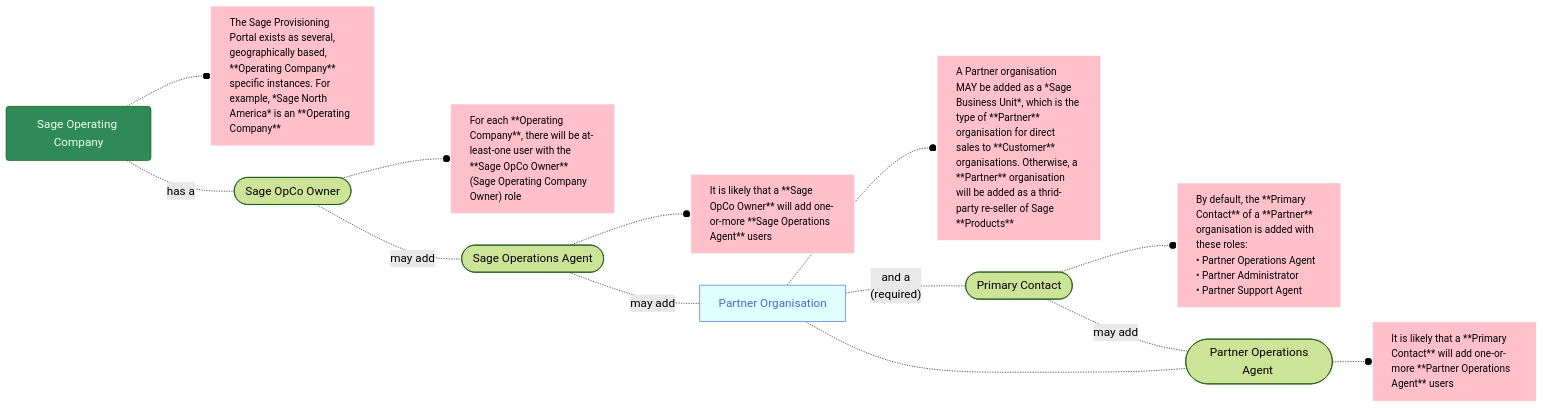
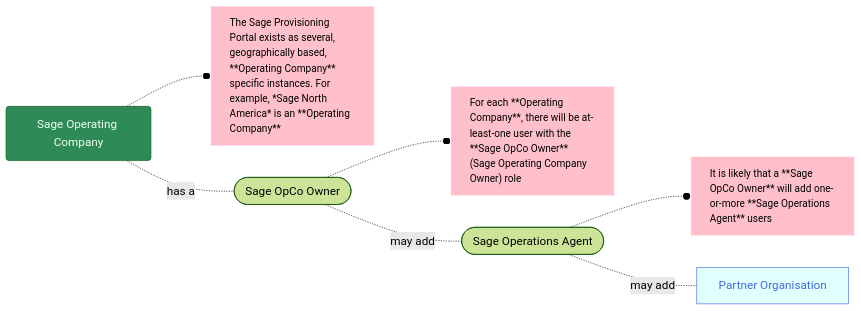
The diagram in 2025_Sage/10_What is an Operating Company.mdx (joe-dorward/samples), drawn with Mermaid before and after one commit.

Commit message:
Update 10_What is an Operating Company.mdx

````diff
--- a/2025_Sage/10_What is an Operating Company.mdx
+++ b/2025_Sage/10_What is an Operating Company.mdx
@@ -1,50 +1,35 @@
 ```mermaid
 %%{
   init: {
     'theme': 'forest',
     'themeVariables': {
       'fontSize':'14pt'
     }
   }
 }%%
 flowchart LR
   classDef Sage fill:seagreen, color:honeydew;
   classDef Noun fill:lightcyan, stroke:royalblue, color:royalblue;
   classDef Note fill:pink, stroke:white, text-align:left, font-size: 95%;
 
   SAGE_OPERATING_COMPANY_01(Sage Operating Company)-.-o
   SAGE_OPERATING_COMPANY_01_Note[The Sage Provisioning Portal exists as several, geographically based, **Operating Company** specific instances. For example, *Sage North America* is an **Operating Company**]
 
   SAGE_OPERATING_COMPANY_01-.has a.-
   SAGE_OPCO_OWNER_01([&nbsp;Sage OpCo Owner&nbsp;])-.-o
   SAGE_OPCO_OWNER_01_NOTE["For each **Operating Company**, there will be at-least-one user with the **Sage OpCo Owner** (Sage Operating Company Owner) role"]
 
   SAGE_OPCO_OWNER_01-.may add.-
   SAGE_OPERATIONS_AGENT_01([&nbsp;Sage Operations Agent&nbsp;])-.-o
   SAGE_OPERATIONS_AGENT_01_NOTE[It is likely that a **Sage OpCo Owner** will add one-or-more **Sage Operations Agent** users]
 
   SAGE_OPERATIONS_AGENT_01-.may add.-
-  PARTNER_ORGANISATION_01([&nbsp;Partner Organisation&nbsp;])-.-o
-  PARTNER_ORGANISATION_01_NOTE[A Partner organisation MAY be added as a *Sage Business Unit*, which is the type of **Partner** organisation for direct sales to **Customer** organisations. Otherwise, a **Partner** organisation will be added as a thrid-party re-seller of Sage **Products**]
-
-  PARTNER_ORGANISATION_01[Partner Organisation]-.and a<br/>(required).-
-  PRIMARY_CONTACT_01([&nbsp;Primary Contact&nbsp;])-.-o
-  PRIMARY_CONTACT_01_NOTE[By default, the **Primary Contact** of a **Partner** organisation is added with these roles:<br/>&bull; Partner Operations Agent<br/>&bull; Partner Administrator<br/>&bull; Partner Support Agent]
-
-  PRIMARY_CONTACT_01-.may add.-
-  PARTNER_OPERATIONS_AGENT_01([&nbsp;Partner Operations Agent&nbsp;])-.-o
-  PARTNER_OPERATIONS_AGENT_01_NOTE[It is likely that a **Primary Contact** will add one-or-more **Partner Operations Agent** users]
-
-  PARTNER_ORGANISATION_01-.-
-  PARTNER_OPERATIONS_AGENT_01
-
-  %%PARTNER_OPERATIONS_AGENT_01([&nbsp;Partner Operations Agent&nbsp;])-.-o
-  %%PARTNER_OPERATIONS_AGENT_01_NOTE[It is likely that a **Sage Operations Agent** will add one-or-more **Partner Operations Agent** users]
+  PARTNER_ORGANISATION_01[&nbsp;Partner Organisation&nbsp;]
 
   class SAGE_OPERATING_COMPANY_01 Sage
-  class PARTNER_ORGANISATION_01,PRODUCT_01,PRODUCT_02 Noun
+  class PARTNER_ORGANISATION_01 Noun
   class SAGE_OPERATING_COMPANY_01_Note,SAGE_OPCO_OWNER_01_NOTE,SAGE_OPERATIONS_AGENT_01_NOTE,PARTNER_ORGANISATION_01_NOTE Note
 
   class PRIMARY_CONTACT_01_NOTE Note
   class PARTNER_OPERATIONS_AGENT_01_NOTE,PARTNER_OPERATIONS_AGENT_01_NOTE Note
 ```
````
